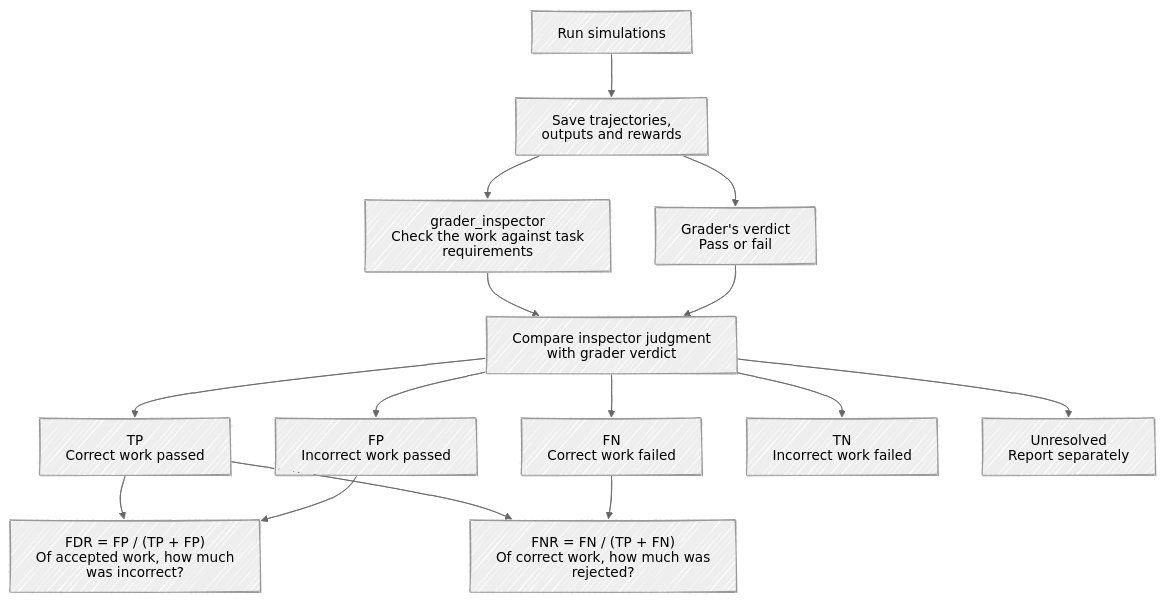
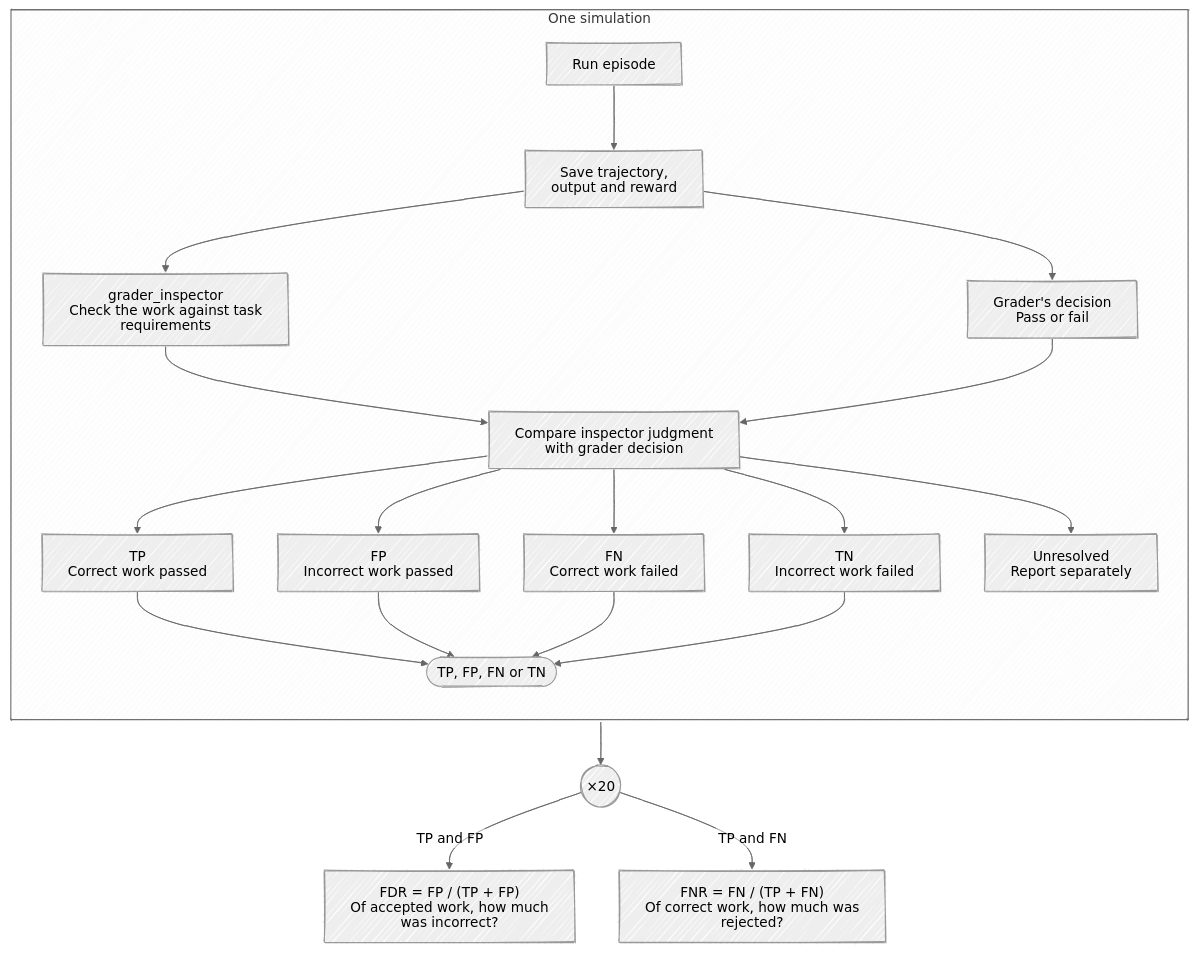
The diagram in docs/diagrams/simulation.mmd (standardnormal-ai/nudi), drawn with Mermaid before and after one commit. The commit also changed 29 other files, not shown here.

```diff
--- a/docs/diagrams/simulation.mmd
+++ b/docs/diagrams/simulation.mmd
@@ -1,24 +1,30 @@
 ---
 config:
   look: handDrawn
   theme: neutral
   fontFamily: Virgil
   htmlLabels: false
   flowchart:
     wrappingWidth: 260
 ---
 flowchart TD
-    S["Run simulations"] --> T["Save trajectories,<br/>outputs and rewards"]
-    T --> G["grader_inspector<br/>Check the work against task requirements"]
-    T --> R["Grader's verdict<br/>Pass or fail"]
-    G --> C["Compare inspector judgment<br/>with grader verdict"]
-    R --> C
-    C --> TP["TP<br/>Correct work passed"]
-    C --> FP["FP<br/>Incorrect work passed"]
-    C --> FN["FN<br/>Correct work failed"]
-    C --> TN["TN<br/>Incorrect work failed"]
-    C --> U["Unresolved<br/>Report separately"]
-    TP --> FDR["FDR = FP / (TP + FP)<br/>Of accepted work, how much was incorrect?"]
-    FP --> FDR
-    TP --> FNR["FNR = FN / (TP + FN)<br/>Of correct work, how much was rejected?"]
-    FN --> FNR
+    subgraph one ["One simulation"]
+        direction TB
+        S["Run episode"] --> T["Save trajectory,<br/>output and reward"]
+        T --> G["grader_inspector<br/>Check the work against task requirements"]
+        T --> R["Grader's decision<br/>Pass or fail"]
+        G --> C["Compare inspector judgment<br/>with grader decision"]
+        R --> C
+        C --> TP["TP<br/>Correct work passed"]
+        C --> FP["FP<br/>Incorrect work passed"]
+        C --> FN["FN<br/>Correct work failed"]
+        C --> TN["TN<br/>Incorrect work failed"]
+        C --> U["Unresolved<br/>Report separately"]
+        TP --> L(["TP, FP, FN or TN"])
+        FP --> L
+        FN --> L
+        TN --> L
+    end
+    L --> N(("×20"))
+    N -->|"TP and FP"| FDR["FDR = FP / (TP + FP)<br/>Of accepted work, how much was incorrect?"]
+    N -->|"TP and FN"| FNR["FNR = FN / (TP + FN)<br/>Of correct work, how much was rejected?"]
```
